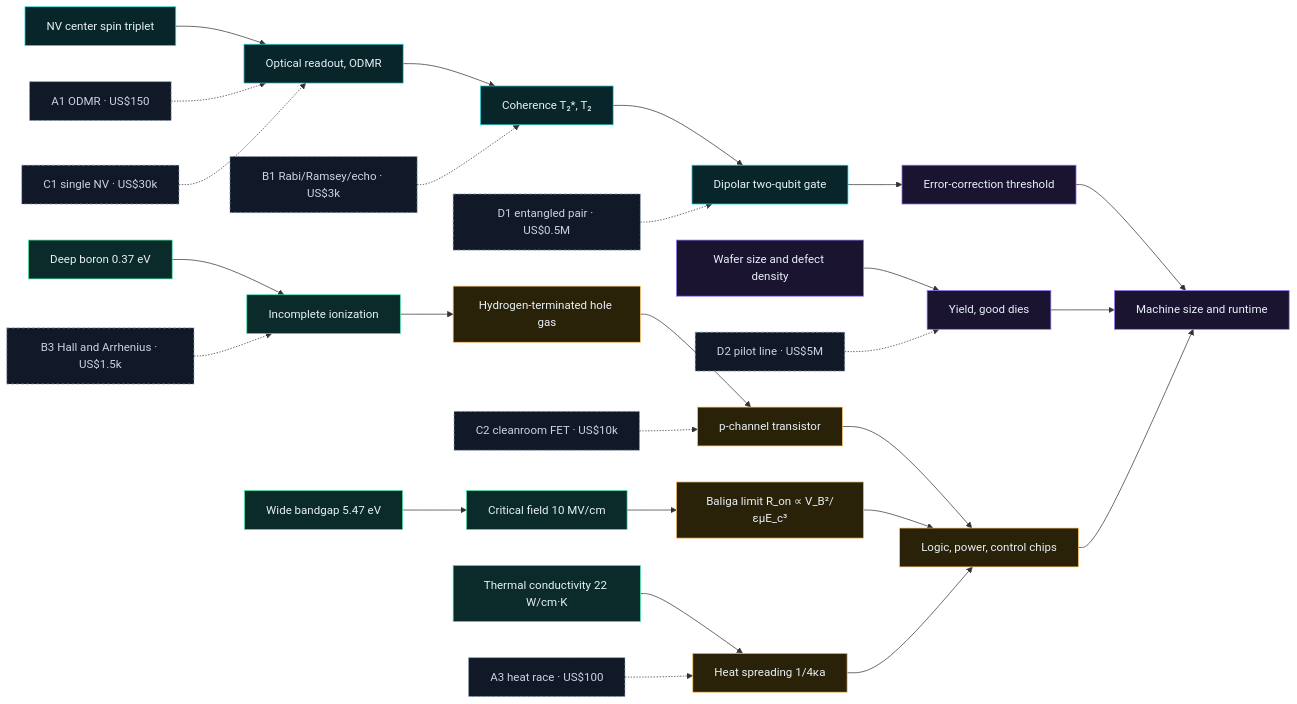
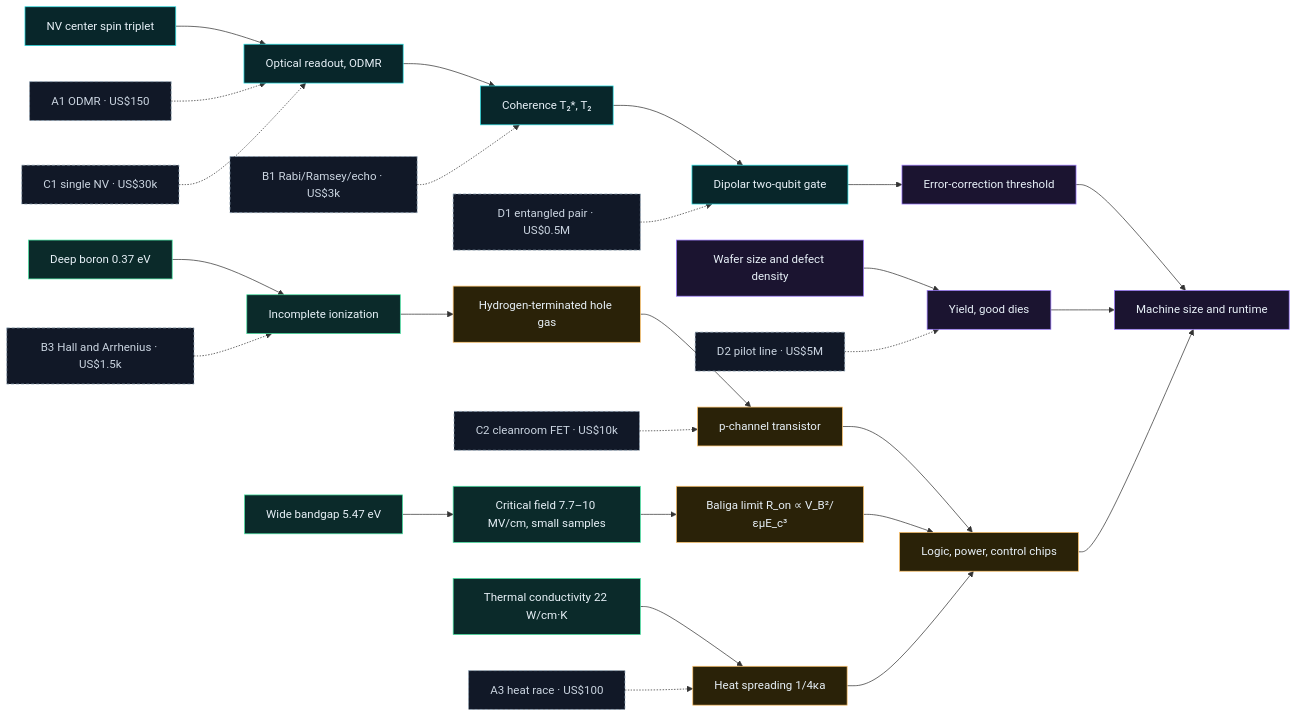
The first of 6 diagrams in README.md (Normansrule/adamas-diamond-framework), drawn with Mermaid before and after one commit. The commit also changed other lines of this file and 175 other files, not shown here.

````diff
--- a/README.md
+++ b/README.md
@@ -90,25 +90,25 @@
 ```mermaid
 flowchart LR
     classDef mat fill:#0b2a2a,stroke:#48e5a3,color:#e8f1f8
     classDef dev fill:#2a2208,stroke:#ffc46b,color:#e8f1f8
     classDef q fill:#08262a,stroke:#2de2e6,color:#e8f1f8
     classDef sc fill:#1b1430,stroke:#9d7bff,color:#e8f1f8
     classDef ex fill:#111827,stroke:#8ea3b5,color:#cbd5e1,stroke-dasharray: 4 3
-    BG[Wide bandgap 5.47 eV]:::mat --> EC[Critical field 10 MV/cm]:::mat --> BF[Baliga limit R_on ∝ V_B²/εμE_c³]:::dev
+    BG[Wide bandgap 5.47 eV]:::mat --> EC[Critical field 7.7–10 MV/cm, small samples]:::mat --> BF[Baliga limit R_on ∝ V_B²/εμE_c³]:::dev
     K[Thermal conductivity 22 W/cm·K]:::mat --> HS[Heat spreading 1/4κa]:::dev
     DOP[Deep boron 0.37 eV]:::mat --> ION[Incomplete ionization]:::mat --> HG[Hydrogen-terminated hole gas]:::dev --> FET[p-channel transistor]:::dev --> LOG[Logic, power, control chips]:::dev
     BF --> LOG
     HS --> LOG
     NV[NV center spin triplet]:::q --> ODMR[Optical readout, ODMR]:::q --> COH[Coherence T₂*, T₂]:::q --> GATE[Dipolar two-qubit gate]:::q
     GATE --> QEC[Error-correction threshold]:::sc --> MACH[Machine size and runtime]:::sc
     WAF[Wafer size and defect density]:::sc --> YLD[Yield, good dies]:::sc --> MACH
     LOG --> MACH
     A1[A1 ODMR · US$150]:::ex -.-> ODMR
     A3[A3 heat race · US$100]:::ex -.-> HS
     B1[B1 Rabi/Ramsey/echo · US$3k]:::ex -.-> COH
     B3[B3 Hall and Arrhenius · US$1.5k]:::ex -.-> ION
     C1[C1 single NV · US$30k]:::ex -.-> ODMR
     C2[C2 cleanroom FET · US$10k]:::ex -.-> FET
     D1[D1 entangled pair · US$0.5M]:::ex -.-> GATE
     D2[D2 pilot line · US$5M]:::ex -.-> YLD
 ```
````
